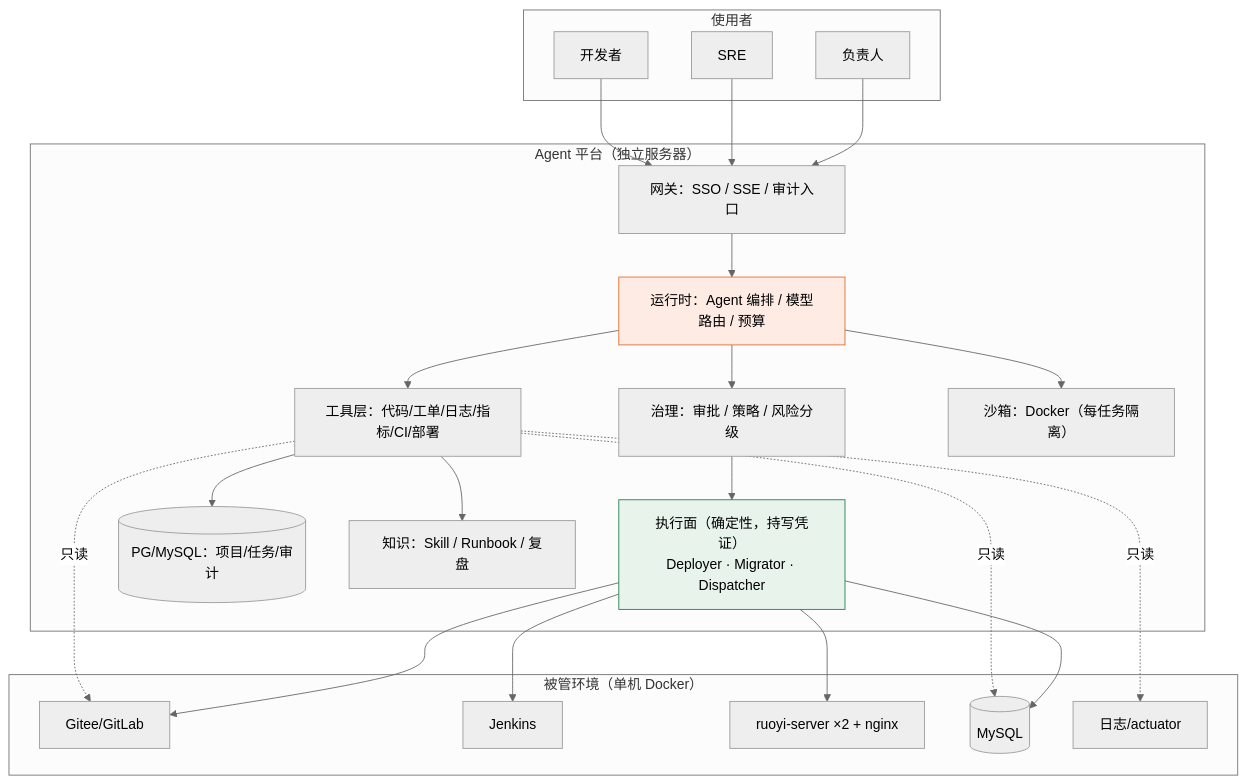
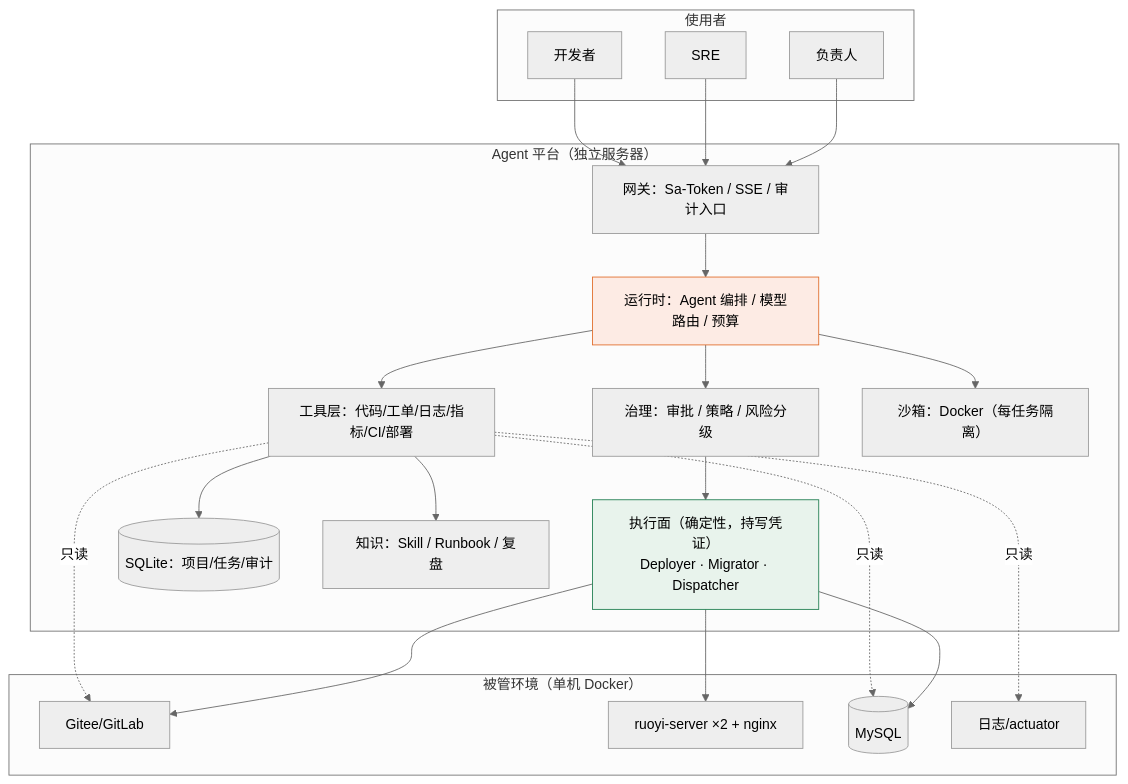
One commit to RONGX563647/SuperDeveloperAgent changed the first of 2 diagrams in docs/PRD-DevOps-Agent平台-v1.0.md. Above: the diagram before and after it, drawn with Mermaid (neutral theme). The commit also changed other lines of this file and 35 other files, not shown here.

````diff
--- a/docs/PRD-DevOps-Agent平台-v1.0.md
+++ b/docs/PRD-DevOps-Agent平台-v1.0.md
@@ -332,31 +344,31 @@
 ```mermaid
 flowchart TB
     subgraph U["使用者"]
         DEV["开发者"]; SRE["SRE"]; OWNER["负责人"]
     end
     subgraph P["Agent 平台（独立服务器）"]
-        GW["网关：SSO / SSE / 审计入口"]
+        GW["网关：Sa-Token / SSE / 审计入口"]
         RT["运行时：Agent 编排 / 模型路由 / 预算"]
         TOOLS["工具层：代码/工单/日志/指标/CI/部署"]
         GOV["治理：审批 / 策略 / 风险分级"]
         EXE["执行面（确定性，持写凭证）<br/>Deployer · Migrator · Dispatcher"]
         SBX["沙箱：Docker（每任务隔离）"]
-        DB[("PG/MySQL：项目/任务/审计")]
+        DB[("SQLite：项目/任务/审计")]
         KB["知识：Skill / Runbook / 复盘"]
     end
     subgraph B["被管环境（单机 Docker）"]
-        GIT["Gitee/GitLab"]; JEN["Jenkins"]
+        GIT["Gitee/GitLab"]
         APP["ruoyi-server ×2 + nginx"]
         DBM[("MySQL")]; LOGS["日志/actuator"]
     end
     DEV --> GW; SRE --> GW; OWNER --> GW
     GW --> RT --> TOOLS
     RT --> GOV --> EXE
     RT --> SBX
     TOOLS --> KB; TOOLS --> DB
     TOOLS -.只读.-> GIT; TOOLS -.只读.-> LOGS; TOOLS -.只读.-> DBM
-    EXE --> GIT; EXE --> JEN; EXE --> APP; EXE --> DBM
+    EXE --> GIT; EXE --> APP; EXE --> DBM
 
     style RT fill:#FDEBE4,stroke:#E06C2A
     style EXE fill:#E8F3EC,stroke:#1E7D4F
 ```
````
